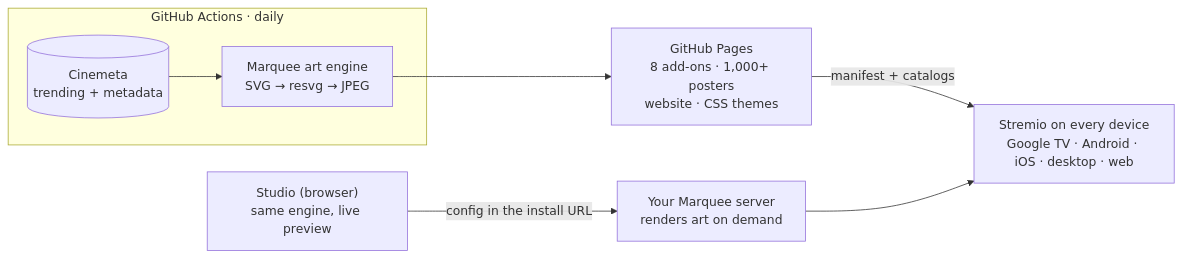
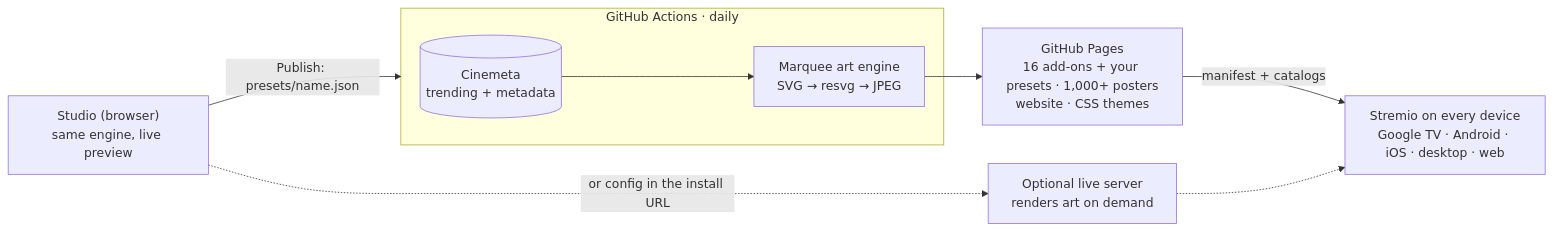
The diagram in README.md (Griffdog21/stremio-marquee), drawn with Mermaid before and after one commit. The commit also changed other lines of this file and 33 other files, not shown here.

First line of the commit message:
Marquee 1.1: real-poster editions, free custom add-ons, smarter Lineup

````diff
--- a/README.md
+++ b/README.md
@@ -151,10 +163,11 @@
 ```mermaid
 flowchart LR
   subgraph build["GitHub Actions · daily"]
     C[(Cinemeta<br/>trending + metadata)] --> E[Marquee art engine<br/>SVG → resvg → JPEG]
   end
-  E --> P["GitHub Pages<br/>8 add-ons · 1,000+ posters<br/>website · CSS themes"]
+  E --> P["GitHub Pages<br/>16 add-ons + your presets · 1,000+ posters<br/>website · CSS themes"]
   P -->|manifest + catalogs| S["Stremio on every device<br/>Google TV · Android · iOS · desktop · web"]
-  U["Studio (browser)<br/>same engine, live preview"] -->|config in the install URL| V["Your Marquee server<br/>renders art on demand"]
-  V --> S
+  U["Studio (browser)<br/>same engine, live preview"] -->|Publish: presets/name.json| build
+  U -.->|or config in the install URL| V["Optional live server<br/>renders art on demand"]
+  V -.-> S
 ```
````
